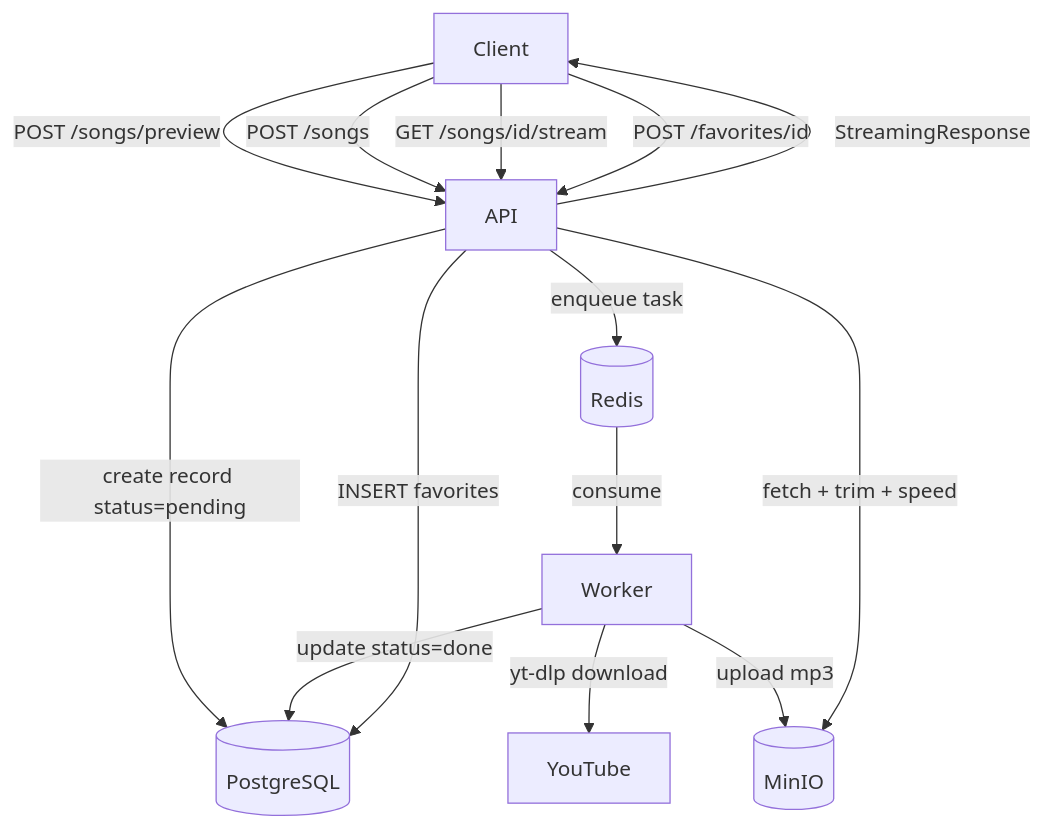
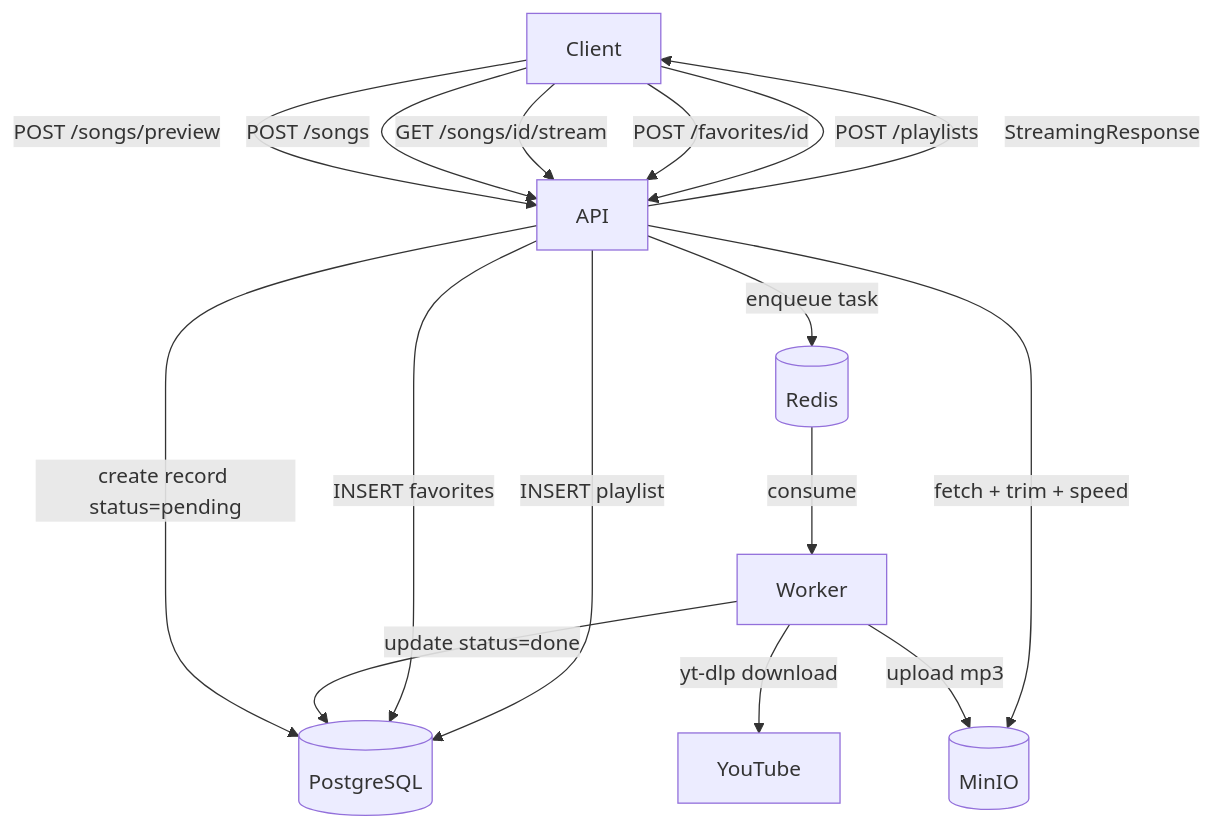
Before and after one commit to KarthikUdyawar/melo: the first of 4 diagrams in README.md, drawn with Mermaid. The commit also changed other lines of this file and 8 other files, not shown here.

Commit message:
feat: Add Playlists API with CRUD operations and schemas

````diff
--- a/README.md
+++ b/README.md
@@ -24,16 +24,18 @@
 ```mermaid
 graph TD
     Client -->|POST /songs/preview| API
     Client -->|POST /songs| API
     API -->|create record status=pending| PG[(PostgreSQL)]
     API -->|enqueue task| Redis[(Redis)]
     Redis -->|consume| Worker
     Worker -->|yt-dlp download| YT[YouTube]
     Worker -->|upload mp3| MinIO[(MinIO)]
     Worker -->|update status=done| PG
     Client -->|GET /songs/id/stream| API
     API -->|fetch + trim + speed| MinIO
     API -->|StreamingResponse| Client
     Client -->|POST /favorites/id| API
     API -->|INSERT favorites| PG
+    Client -->|POST /playlists| API
+    API -->|INSERT playlist| PG
 ```
````
